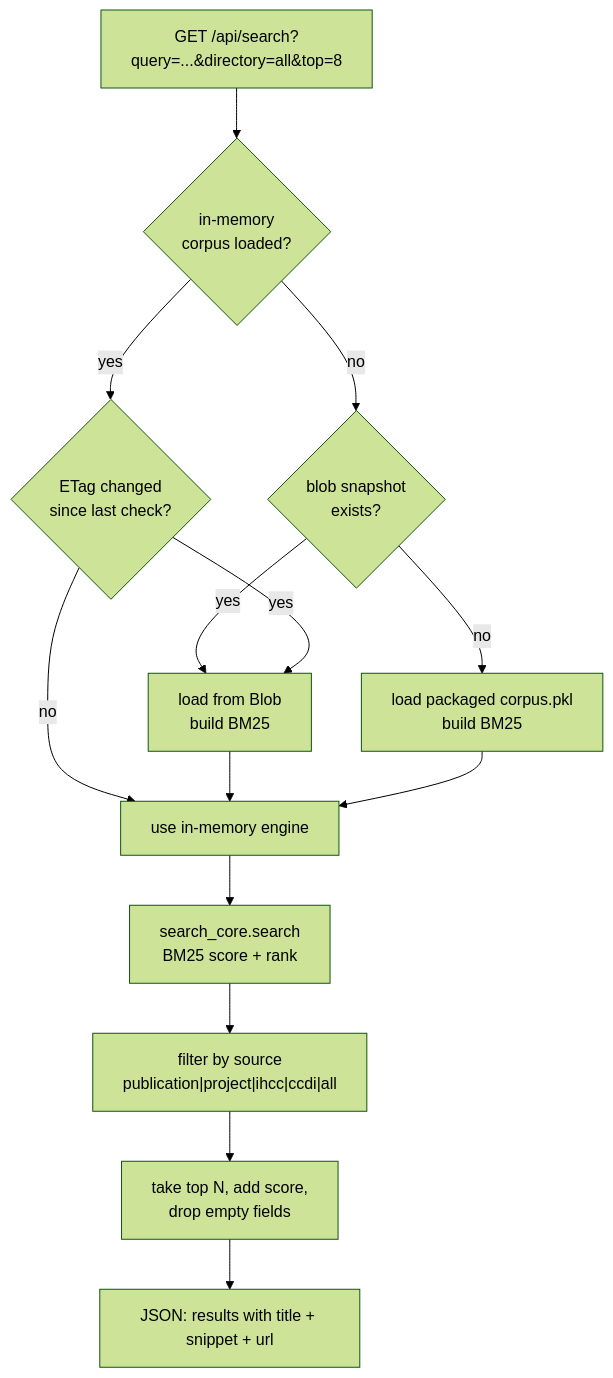
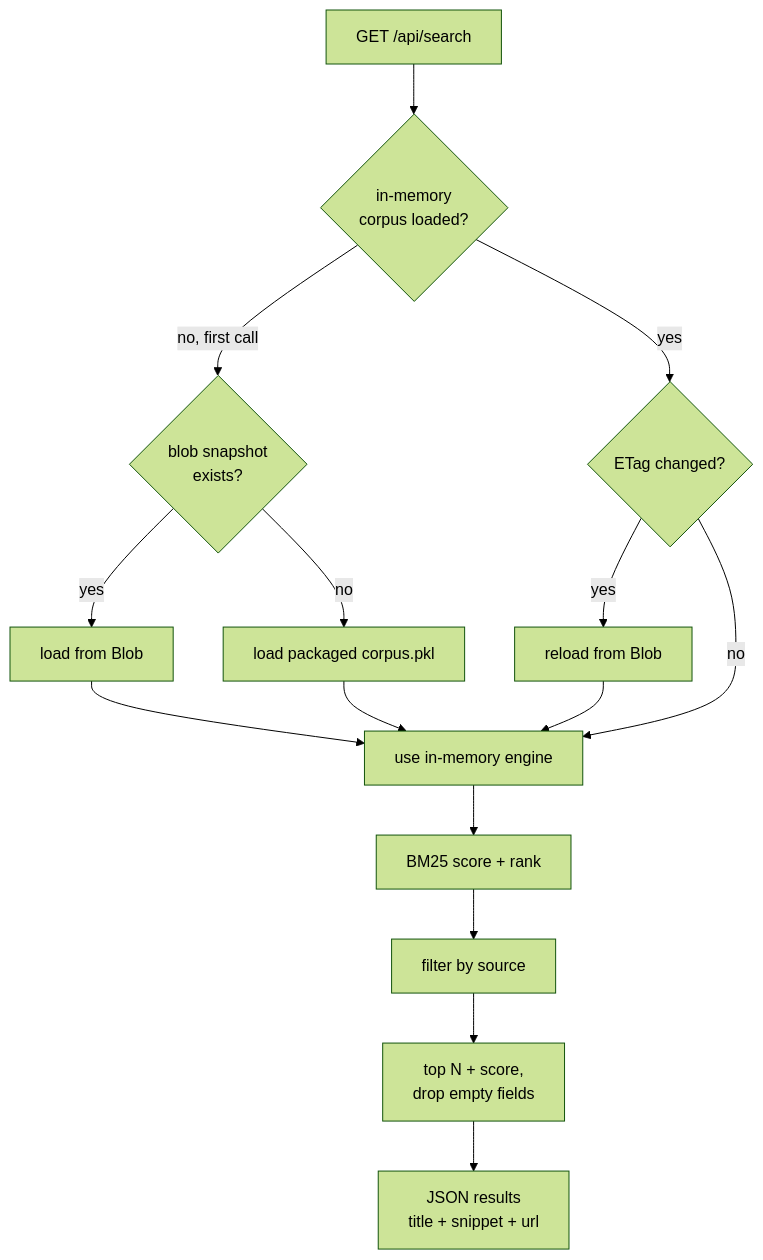
The third of 5 diagrams in docs/architecture.md (SteveCInVA/AllofUs-Agent), drawn with Mermaid (forest theme) before and after one commit. The commit also changed other lines of this file, not shown here.

First line of the commit message:
Reduce edge crossings in architecture diagrams

````diff
--- a/docs/architecture.md
+++ b/docs/architecture.md
@@ -84,16 +88,21 @@
 ```mermaid
-flowchart TD
-    Q["GET /api/search?query=...&directory=all&top=8"] --> ENG{"in-memory<br/>corpus loaded?"}
-    ENG -- "no" --> L1{"blob snapshot<br/>exists?"}
-    L1 -- "yes" --> LB["load from Blob<br/>build BM25"]
-    L1 -- "no" --> LP["load packaged corpus.pkl<br/>build BM25"]
-    ENG -- "yes" --> STALE{"ETag changed<br/>since last check?"}
-    STALE -- "yes" --> LB
+flowchart TB
+    Q["GET /api/search"] --> ENG{"in-memory<br/>corpus loaded?"}
+
+    ENG -- "no, first call" --> L1{"blob snapshot<br/>exists?"}
+    L1 -- "yes" --> LB["load from Blob"]
+    L1 -- "no" --> LP["load packaged corpus.pkl"]
+
+    ENG -- "yes" --> STALE{"ETag changed?"}
+    STALE -- "yes" --> RB["reload from Blob"]
     STALE -- "no" --> USE["use in-memory engine"]
+
     LB --> USE
     LP --> USE
-    USE --> SRCH["search_core.search<br/>BM25 score + rank"]
-    SRCH --> FLT["filter by source<br/>publication|project|ihcc|ccdi|all"]
-    FLT --> TOP["take top N, add score,<br/>drop empty fields"]
-    TOP --> J["JSON: results with title + snippet + url"]
+    RB --> USE
+
+    USE --> SRCH["BM25 score + rank"]
+    SRCH --> FLT["filter by source"]
+    FLT --> TOP["top N + score,<br/>drop empty fields"]
+    TOP --> J["JSON results<br/>title + snippet + url"]
 ```
````
